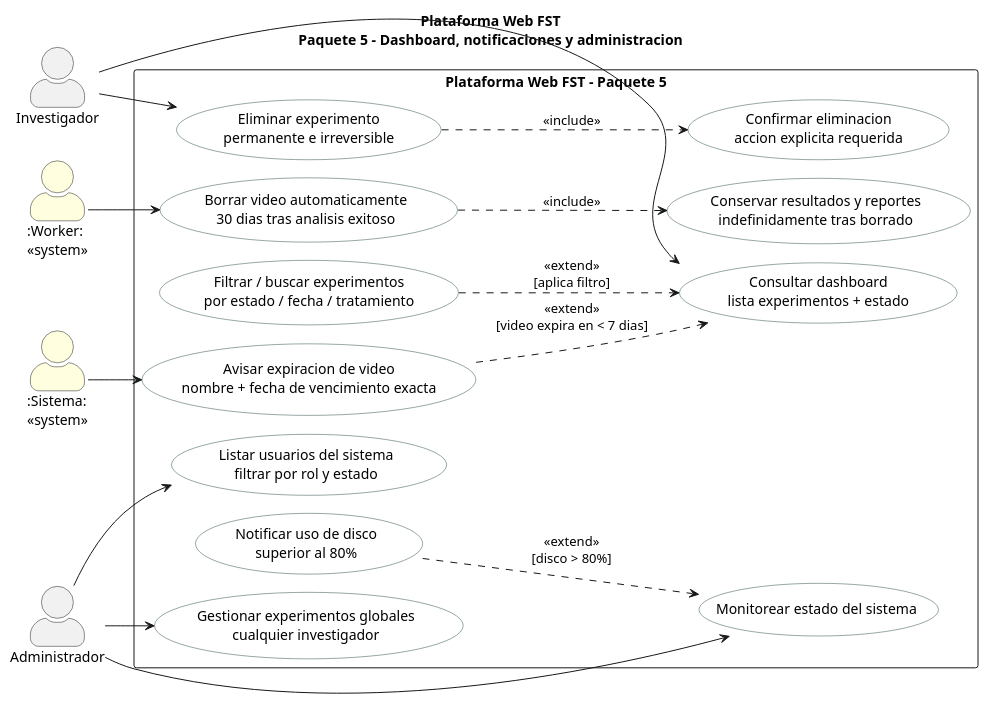
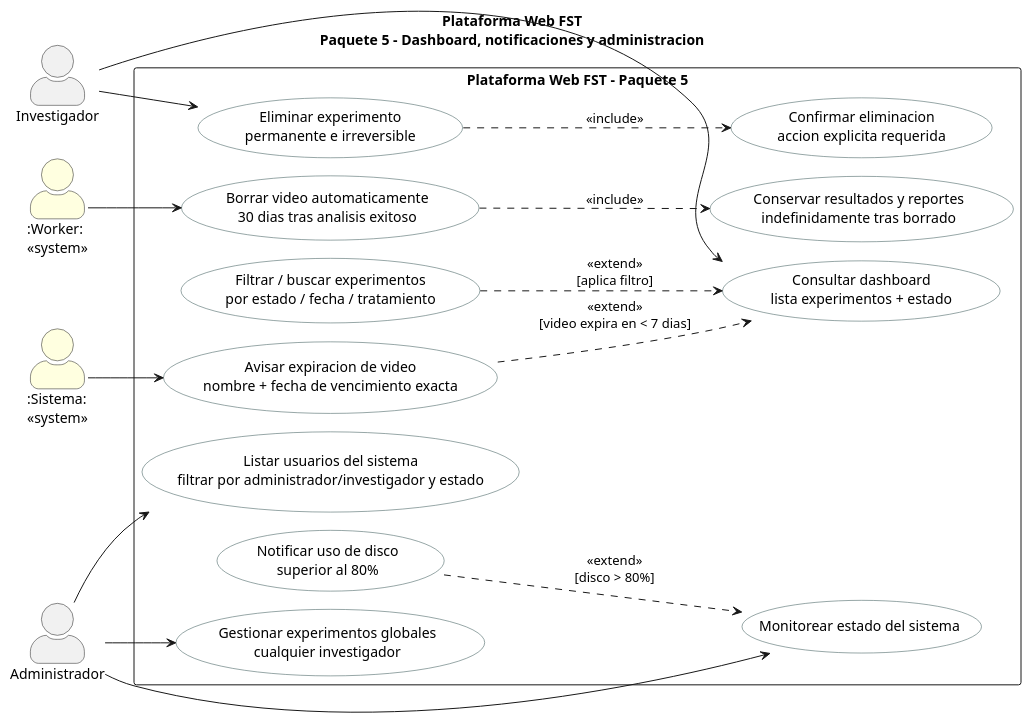
Before and after one commit to ErickJester/fst-ai-system-latex: the diagram in diagramas/puml/cu_paquete5.puml, drawn with PlantUML. The commit also changed 7 other files, not shown here.

First line of the commit message:
Corregir los 6 diagramas de casos de uso y sus textos contra el modelo vigente

```diff
--- a/diagramas/puml/cu_paquete5.puml
+++ b/diagramas/puml/cu_paquete5.puml
@@ -1,40 +1,40 @@
 @startuml
 !pragma layout smetana
 title Plataforma Web FST\nPaquete 5 - Dashboard, notificaciones y administracion
 left to right direction
 skinparam packageStyle rectangle
 skinparam actorStyle awesome
 skinparam usecase {
   BackgroundColor White
   BorderColor DarkSlateGray
 }
 actor "Investigador" as INV
 actor "Administrador" as ADMIN
 actor ":Worker:\n<<system>>" as WRK #LightYellow
 actor ":Sistema:\n<<system>>" as SYS #LightYellow
 rectangle "Plataforma Web FST - Paquete 5" {
   usecase "Consultar dashboard\nlista experimentos + estado" as UC51
   usecase "Filtrar / buscar experimentos\npor estado / fecha / tratamiento" as UC51a
   usecase "Avisar expiracion de video\nnombre + fecha de vencimiento exacta" as UC52
   usecase "Eliminar experimento\npermanente e irreversible" as UC53
   usecase "Confirmar eliminacion\naccion explicita requerida" as UC53a
   usecase "Borrar video automaticamente\n30 dias tras analisis exitoso" as UC54
   usecase "Conservar resultados y reportes\nindefinidamente tras borrado" as UC55
-  usecase "Listar usuarios del sistema\nfiltrar por rol y estado" as UC56
+  usecase "Listar usuarios del sistema\nfiltrar por administrador/investigador y estado" as UC56
   usecase "Monitorear estado del sistema" as UC57
   usecase "Notificar uso de disco\nsuperior al 80%" as UC57a
   usecase "Gestionar experimentos globales\ncualquier investigador" as UC58
 }
 INV --> UC51
 INV --> UC53
 ADMIN --> UC56
 ADMIN --> UC57
 ADMIN --> UC58
 WRK --> UC54
 SYS --> UC52
 UC52 ..> UC51 : <<extend>>\n[video expira en < 7 dias]
 UC51a ..> UC51 : <<extend>>\n[aplica filtro]
 UC57a ..> UC57 : <<extend>>\n[disco > 80%]
 UC53 ..> UC53a : <<include>>
 UC54 ..> UC55 : <<include>>
 @enduml
```
